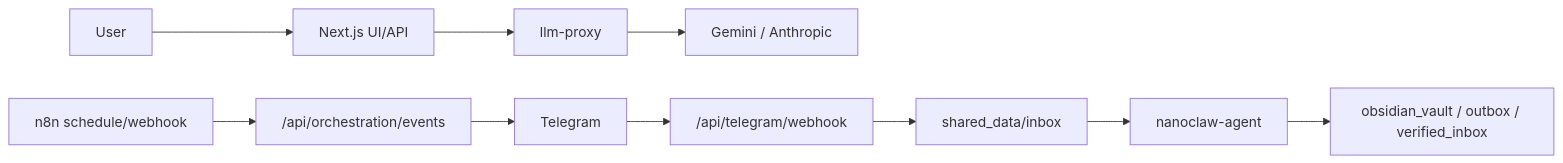
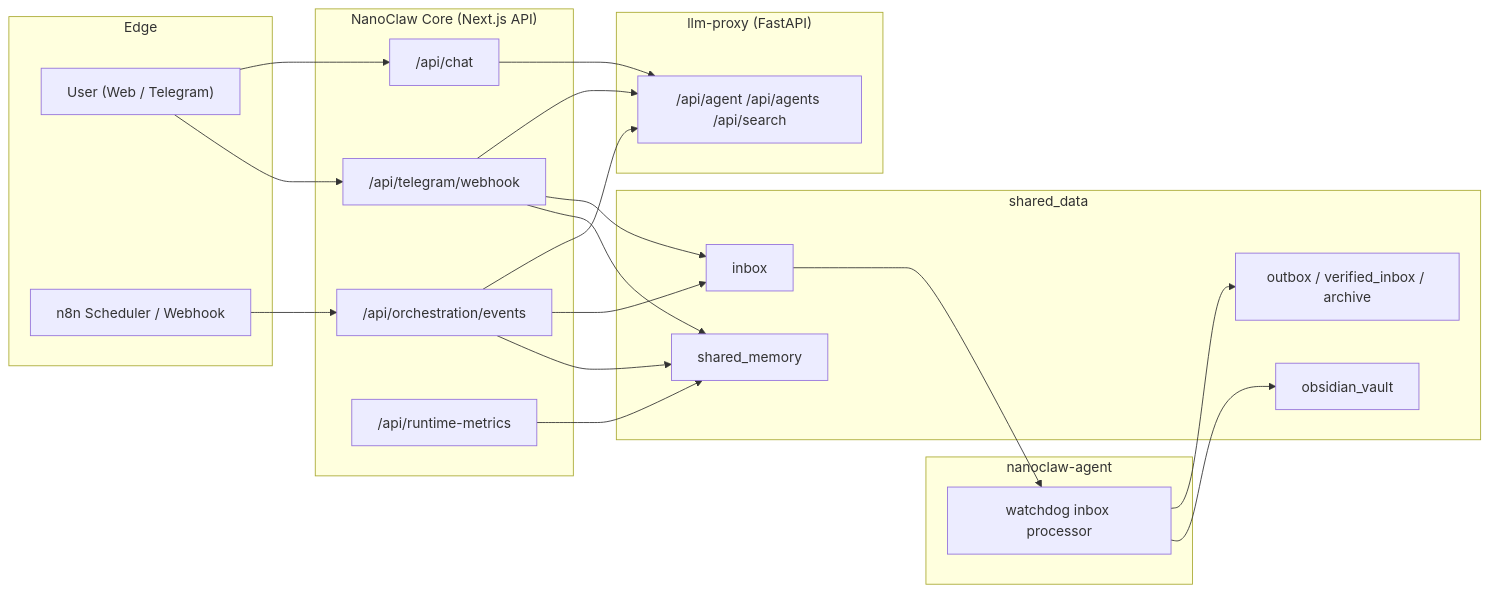
The diagram in README.md (Merchantlee99/Personal-AI-agent-v2), drawn with Mermaid before and after one commit. The commit also changed other lines of this file and 43 other files, not shown here.

````diff
--- a/README.md
+++ b/README.md
@@ -12,13 +21,47 @@
 ```mermaid
 flowchart LR
-  U["User"] --> FE["Next.js UI/API"]
-  FE --> PX["llm-proxy"]
-  PX --> LLM["Gemini / Anthropic"]
+  subgraph EDGE["Edge"]
+    U["User (Web / Telegram)"]
+    N8N["n8n Scheduler / Webhook"]
+  end
 
-  N8N["n8n schedule/webhook"] --> ORCH["/api/orchestration/events"]
-  ORCH --> TG["Telegram"]
-  TG --> TGC["/api/telegram/webhook"]
-  TGC --> INBOX["shared_data/inbox"]
-  INBOX --> AG["nanoclaw-agent"]
-  AG --> ARTIFACTS["obsidian_vault / outbox / verified_inbox"]
+  subgraph CORE["NanoClaw Core (Next.js API)"]
+    CHAT["/api/chat"]
+    ORCH["/api/orchestration/events"]
+    TGW["/api/telegram/webhook"]
+    MET["/api/runtime-metrics"]
+  end
+
+  subgraph PROXY["llm-proxy (FastAPI)"]
+    AGENTAPI["/api/agent /api/agents /api/search"]
+  end
+
+  subgraph WORKER["nanoclaw-agent"]
+    WD["watchdog inbox processor"]
+  end
+
+  subgraph DATA["shared_data"]
+    INBOX["inbox"]
+    OUT["outbox / verified_inbox / archive"]
+    VAULT["obsidian_vault"]
+    MEM["shared_memory"]
+  end
+
+  U --> CHAT
+  U --> TGW
+  N8N --> ORCH
+
+  CHAT --> AGENTAPI
+  ORCH --> AGENTAPI
+  TGW --> AGENTAPI
+
+  ORCH --> INBOX
+  TGW --> INBOX
+  INBOX --> WD
+  WD --> OUT
+  WD --> VAULT
+
+  ORCH --> MEM
+  TGW --> MEM
+  MET --> MEM
 ```
````
